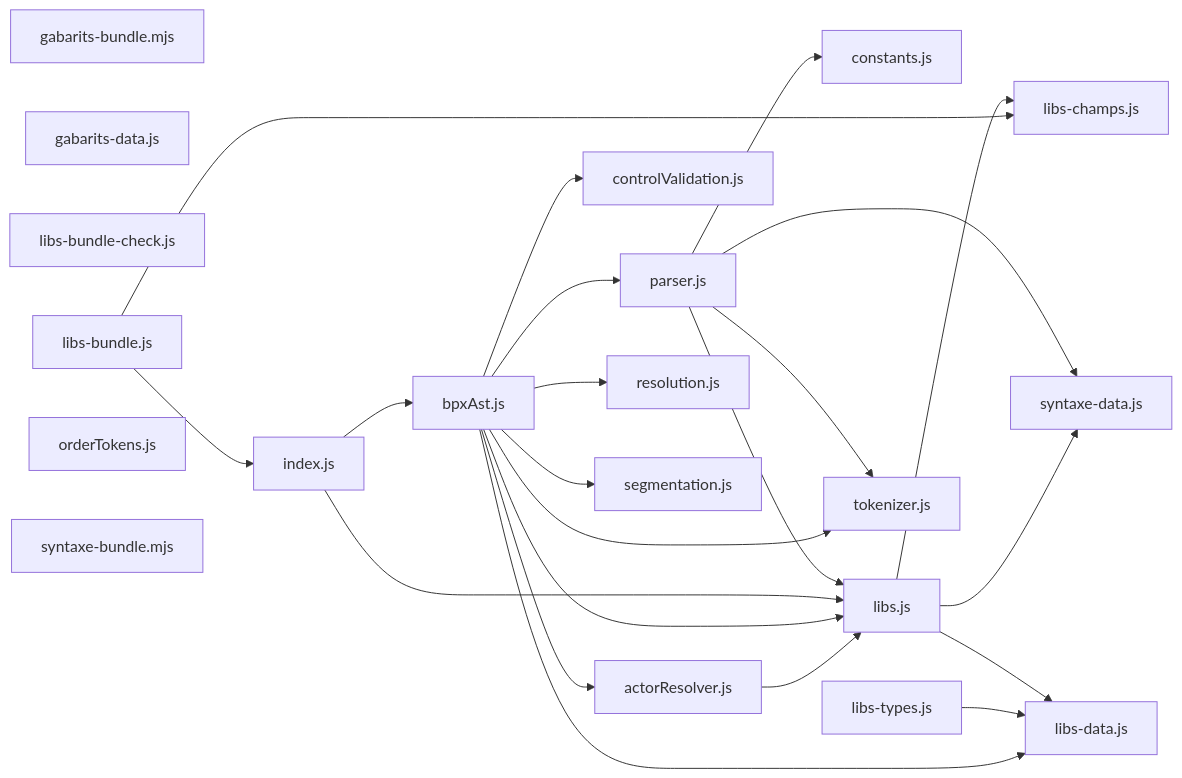
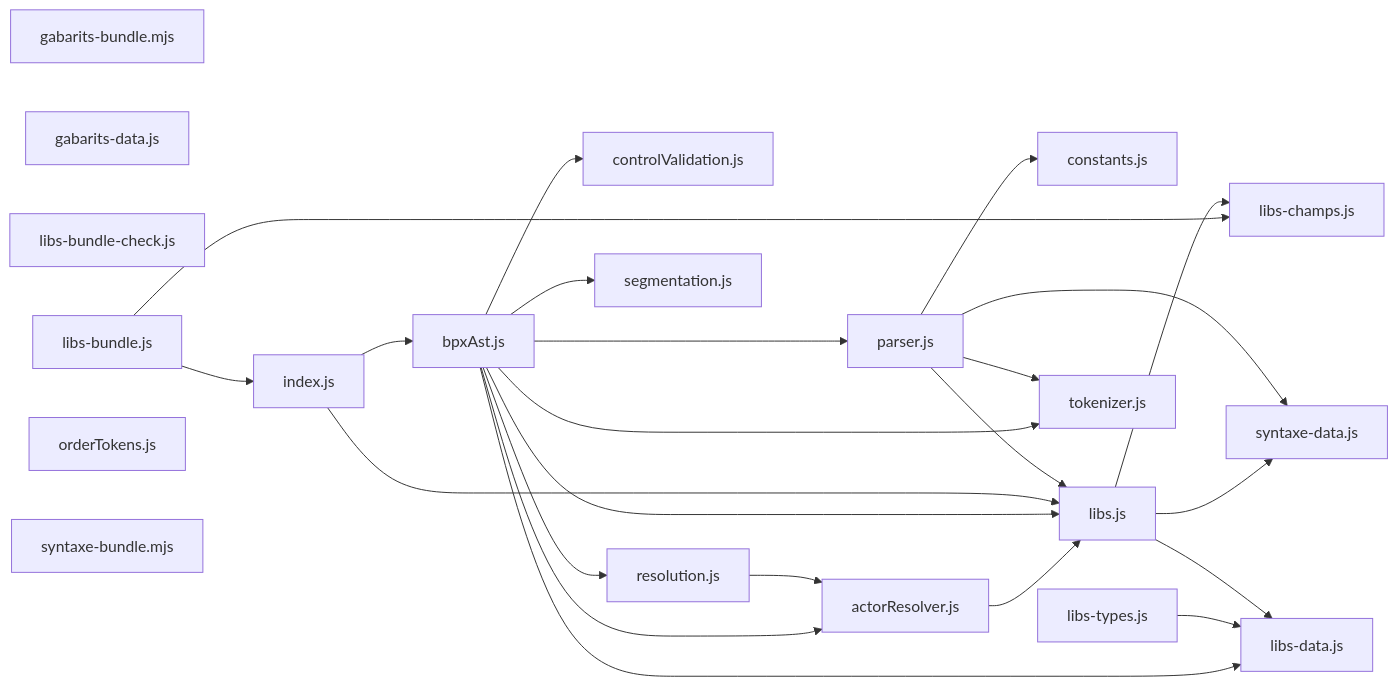
One commit to roomi-fields/BPscript changed the diagram in docs/arch/carte-reel.md. Above: the diagram before and after it, drawn with Mermaid. The commit also changed other lines of this file and 7 other files, not shown here.

````diff
--- a/docs/arch/carte-reel.md
+++ b/docs/arch/carte-reel.md
@@ -39,44 +39,45 @@
 ```mermaid
 flowchart LR
   actorResolver_js["actorResolver.js"]
   bpxAst_js["bpxAst.js"]
   constants_js["constants.js"]
   controlValidation_js["controlValidation.js"]
   gabarits_bundle_mjs["gabarits-bundle.mjs"]
   gabarits_data_js["gabarits-data.js"]
   index_js["index.js"]
   libs_bundle_check_js["libs-bundle-check.js"]
   libs_bundle_js["libs-bundle.js"]
   libs_champs_js["libs-champs.js"]
   libs_data_js["libs-data.js"]
   libs_types_js["libs-types.js"]
   libs_js["libs.js"]
   orderTokens_js["orderTokens.js"]
   parser_js["parser.js"]
   resolution_js["resolution.js"]
   segmentation_js["segmentation.js"]
   syntaxe_bundle_mjs["syntaxe-bundle.mjs"]
   syntaxe_data_js["syntaxe-data.js"]
   tokenizer_js["tokenizer.js"]
   actorResolver_js --> libs_js
   bpxAst_js --> tokenizer_js
   bpxAst_js --> parser_js
   bpxAst_js --> resolution_js
   bpxAst_js --> libs_js
   bpxAst_js --> libs_data_js
   bpxAst_js --> segmentation_js
   bpxAst_js --> actorResolver_js
   bpxAst_js --> controlValidation_js
   index_js --> bpxAst_js
   index_js --> libs_js
   libs_bundle_js --> libs_champs_js
   libs_bundle_js --> index_js
   libs_types_js --> libs_data_js
   libs_js --> libs_data_js
   libs_js --> syntaxe_data_js
   libs_js --> libs_champs_js
   parser_js --> tokenizer_js
   parser_js --> libs_js
   parser_js --> constants_js
   parser_js --> syntaxe_data_js
+  resolution_js --> actorResolver_js
 ```
````
